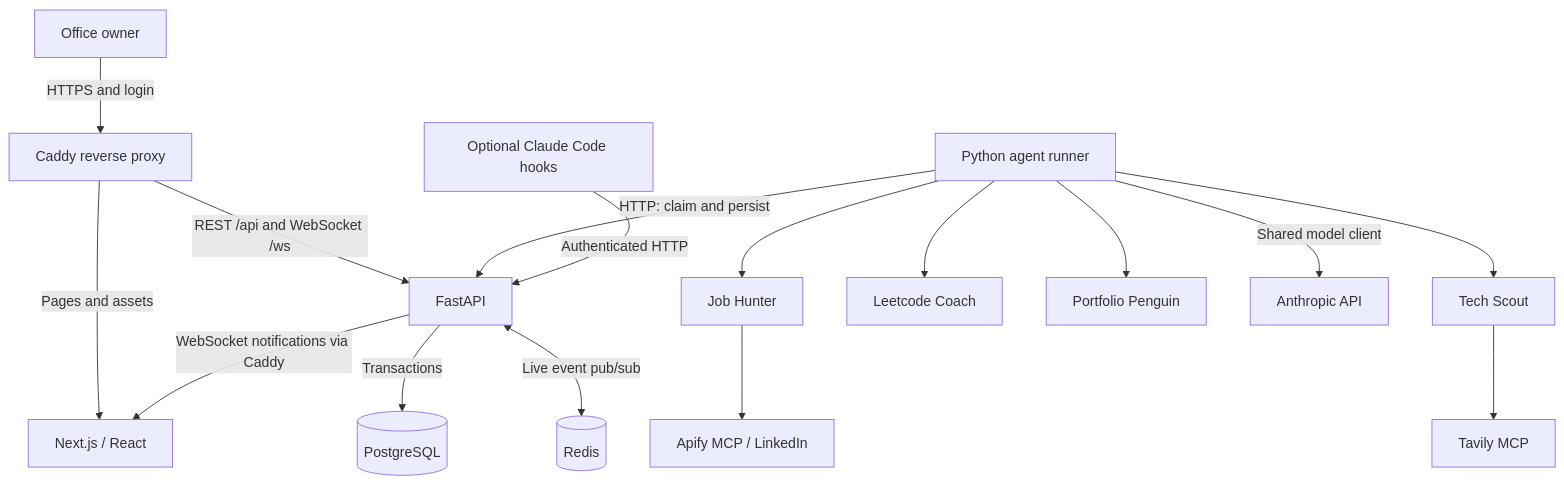
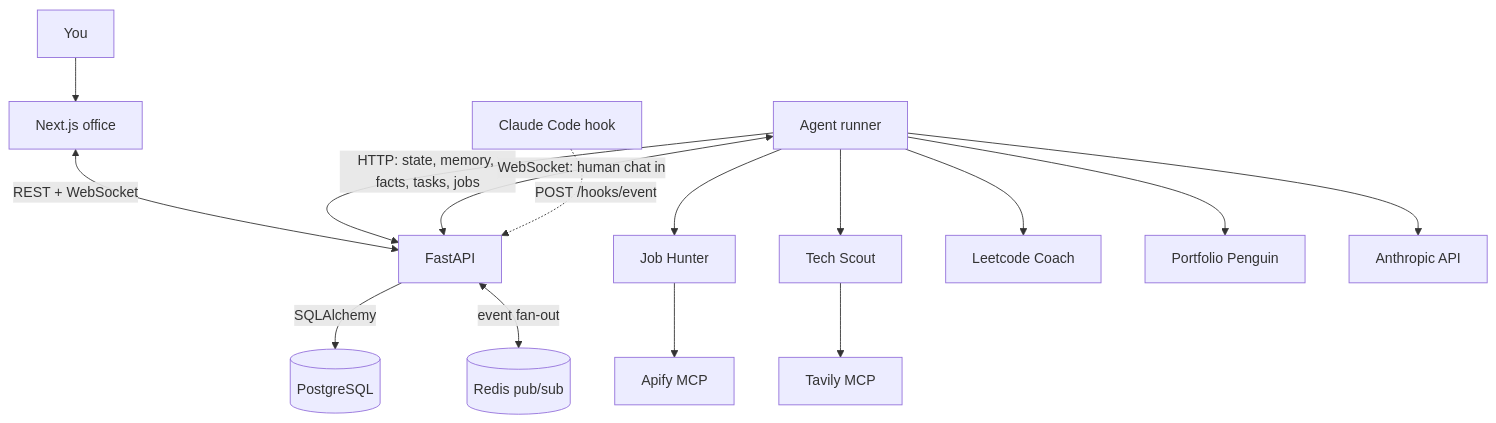
One commit to sparkling-snail/penguinhq changed the first of 3 diagrams in ARCHITECTURE.md. Above: the diagram before and after it, drawn with Mermaid. The commit also changed other lines of this file and 3 other files, not shown here.

````diff
--- a/ARCHITECTURE.md
+++ b/ARCHITECTURE.md
@@ -9,18 +7,17 @@
 ```mermaid
 flowchart TB
-    User[Office owner] -->|HTTPS and login| Caddy[Caddy reverse proxy]
-    Caddy -->|Pages and assets| Web[Next.js / React]
-    Caddy -->|REST /api and WebSocket /ws| API[FastAPI]
-    API -->|Transactions| PG[(PostgreSQL)]
-    API <-->|Live event pub/sub| Redis[(Redis)]
-    API -->|WebSocket notifications via Caddy| Web
-    Runner[Python agent runner] -->|HTTP: claim and persist| API
+    User[You] --> Web[Next.js office]
+    Web <-->|REST + WebSocket| API[FastAPI]
+    API -->|SQLAlchemy| PG[(PostgreSQL)]
+    API <-->|event fan-out| Redis[(Redis pub/sub)]
+    Runner[Agent runner] -->|HTTP: state, memory, facts, tasks, jobs| API
+    Runner <-->|WebSocket: human chat in| API
     Runner --> Hunter[Job Hunter]
     Runner --> Scout[Tech Scout]
     Runner --> Coach[Leetcode Coach]
     Runner --> Portfolio[Portfolio Penguin]
-    Hunter --> Apify[Apify MCP / LinkedIn]
+    Hunter --> Apify[Apify MCP]
     Scout --> Tavily[Tavily MCP]
-    Runner -->|Shared model client| Claude[Anthropic API]
-    Hooks[Optional Claude Code hooks] -->|Authenticated HTTP| API
+    Runner --> Claude[Anthropic API]
+    Hooks[Claude Code hook] -.->|POST /hooks/event| API
 ```
````
